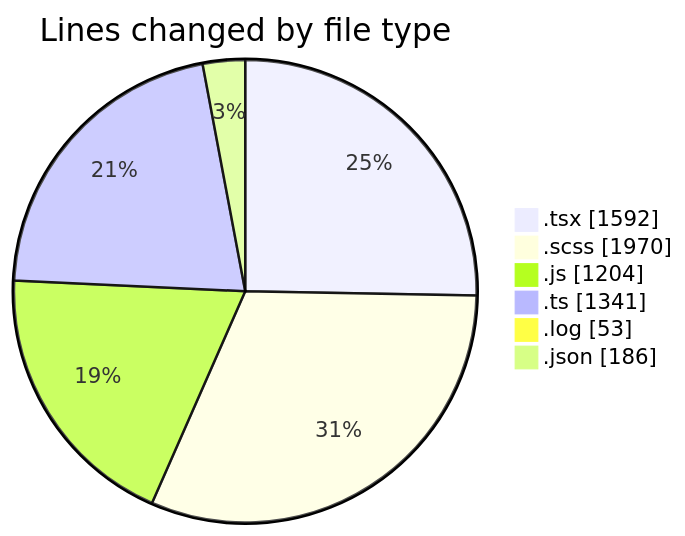
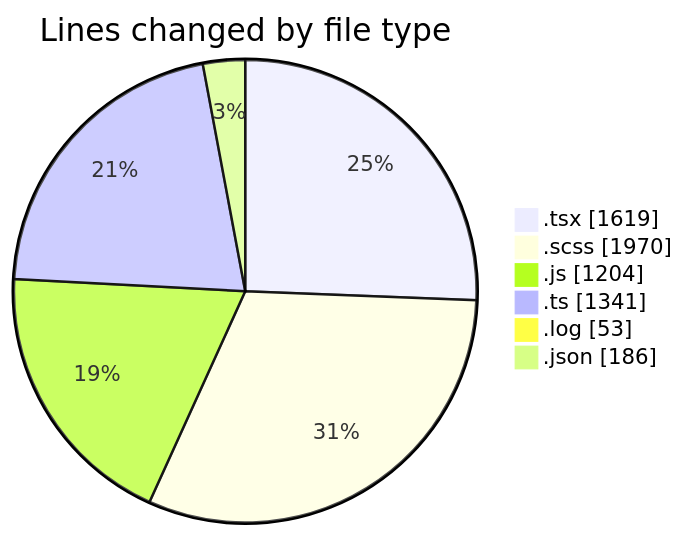
The first of 2 diagrams in 2026-03-25/cda/README.md (momahboobian/code-tracking), drawn with Mermaid before and after one commit. The commit also changed other lines of this file and 1 other file, not shown here.

````diff
--- a/2026-03-25/cda/README.md
+++ b/2026-03-25/cda/README.md
@@ -28,10 +28,10 @@
 ```mermaid
 pie showData
 title Lines changed by file type
-".tsx" : 1592
+".tsx" : 1619
 ".scss" : 1970
 ".js" : 1204
 ".ts" : 1341
 ".log" : 53
 ".json" : 186
 ```
````
